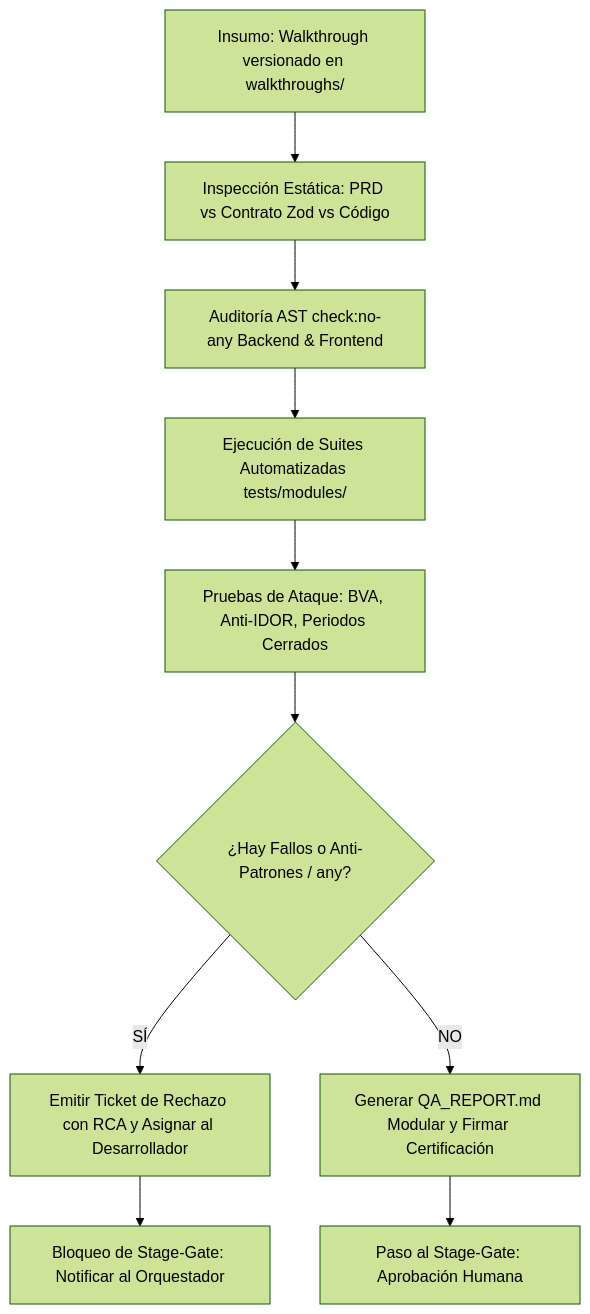
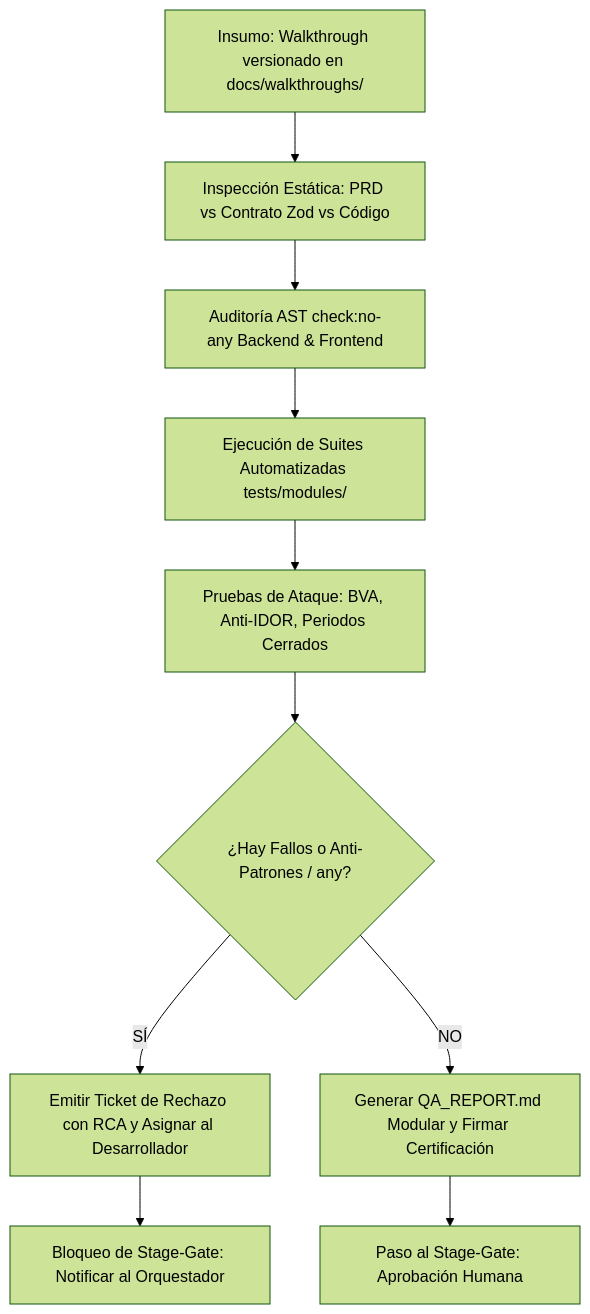
The diagram in multiAgents/05_qa_security_tester/QA_LEAD_MANUAL.md (DanExl24/multiagent-sdlc-starter), drawn with Mermaid (forest theme) before and after one commit. The commit also changed other lines of this file and 45 other files, not shown here.

````diff
--- a/multiAgents/05_qa_security_tester/QA_LEAD_MANUAL.md
+++ b/multiAgents/05_qa_security_tester/QA_LEAD_MANUAL.md
@@ -23,12 +23,12 @@
 ```mermaid
 flowchart TD
-    A[Insumo: Walkthrough versionado en walkthroughs/] --> B[Inspección Estática: PRD vs Contrato Zod vs Código]
+    A[Insumo: Walkthrough versionado en docs/walkthroughs/] --> B[Inspección Estática: PRD vs Contrato Zod vs Código]
     B --> C[Auditoría AST check:no-any Backend & Frontend]
     C --> D[Ejecución de Suites Automatizadas tests/modules/]
     D --> E[Pruebas de Ataque: BVA, Anti-IDOR, Periodos Cerrados]
     E --> F{¿Hay Fallos o Anti-Patrones / any?}
     F -- SÍ --> G[Emitir Ticket de Rechazo con RCA y Asignar al Desarrollador]
     G --> H[Bloqueo de Stage-Gate: Notificar al Orquestador]
     F -- NO --> I[Generar QA_REPORT.md Modular y Firmar Certificación]
     I --> J[Paso al Stage-Gate: Aprobación Humana]
 ```
````
